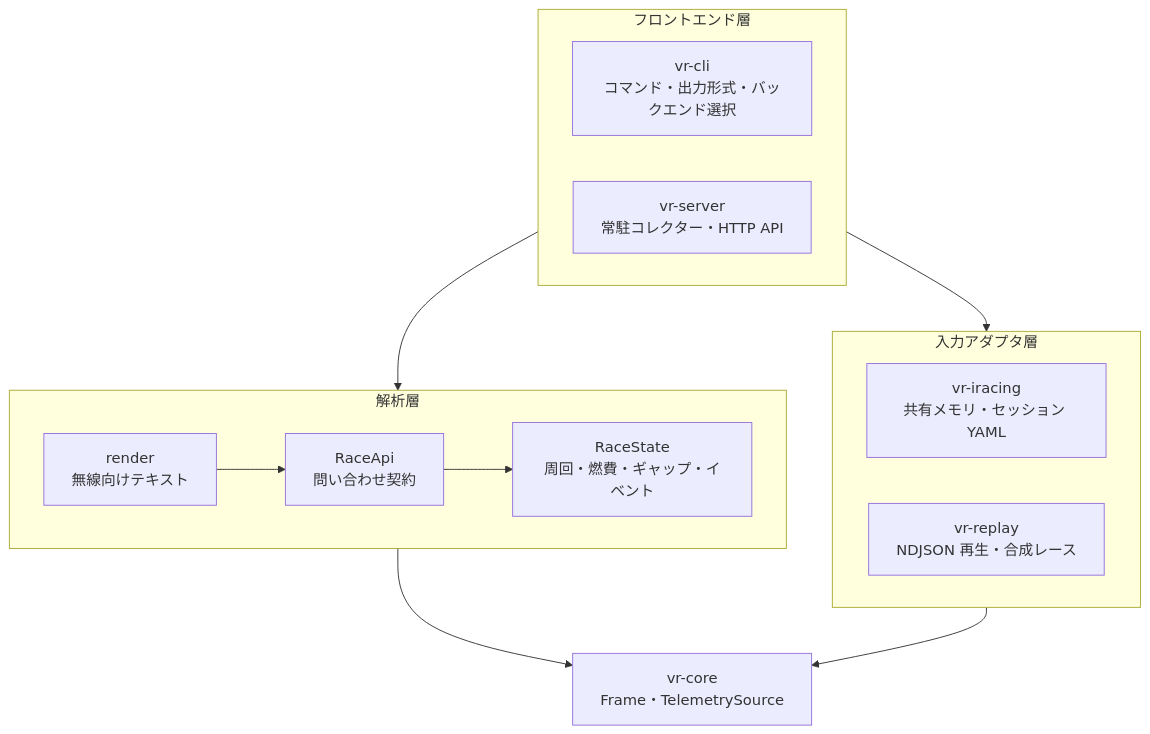
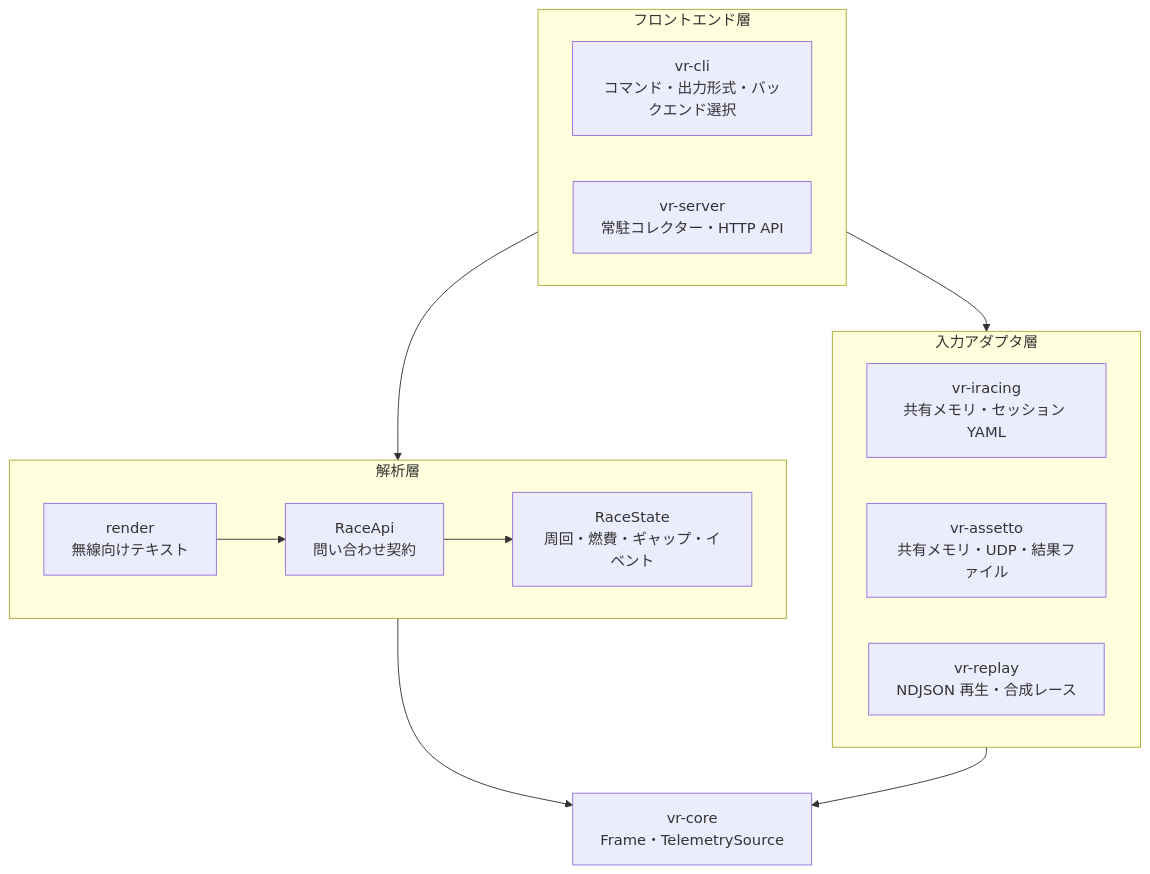
Before and after one commit to r4ai/vibe-racing: the first of 5 diagrams in docs/architecture.md, drawn with Mermaid. The commit also changed other lines of this file and 28 other files, not shown here.

First line of the commit message:
feat: Assetto Corsa support from its shared memory, UDP and results

````diff
--- a/docs/architecture.md
+++ b/docs/architecture.md
@@ -46,24 +46,25 @@
 ```mermaid
 flowchart TB
     subgraph Frontend["フロントエンド層"]
         CLI["vr-cli<br/>コマンド・出力形式・バックエンド選択"]
         Server["vr-server<br/>常駐コレクター・HTTP API"]
     end
     subgraph Analysis["解析層"]
         Api["RaceApi<br/>問い合わせ契約"]
         State["RaceState<br/>周回・燃費・ギャップ・イベント"]
         Render["render<br/>無線向けテキスト"]
         Api --> State
         Render --> Api
     end
     subgraph Adapter["入力アダプタ層"]
         IR["vr-iracing<br/>共有メモリ・セッション YAML"]
+        AC["vr-assetto<br/>共有メモリ・UDP・結果ファイル"]
         Replay["vr-replay<br/>NDJSON 再生・合成レース"]
     end
     Core["vr-core<br/>Frame・TelemetrySource"]
 
     Frontend --> Analysis
     Frontend --> Adapter
     Analysis --> Core
     Adapter --> Core
 ```
````
